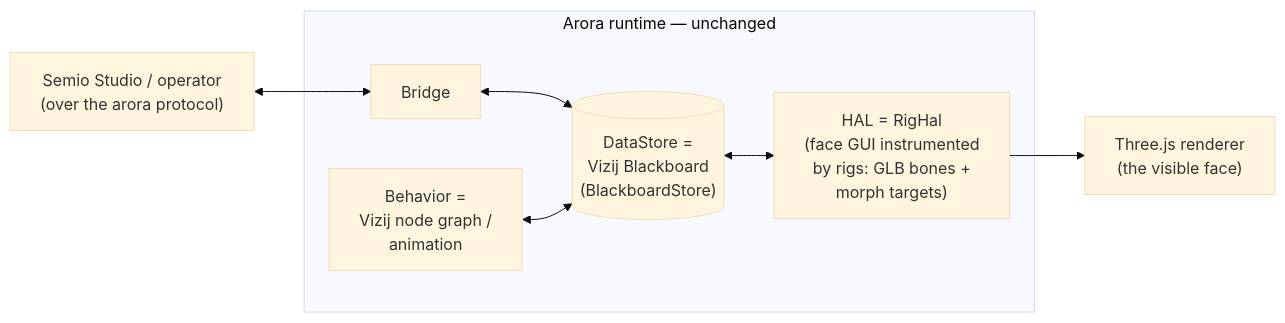
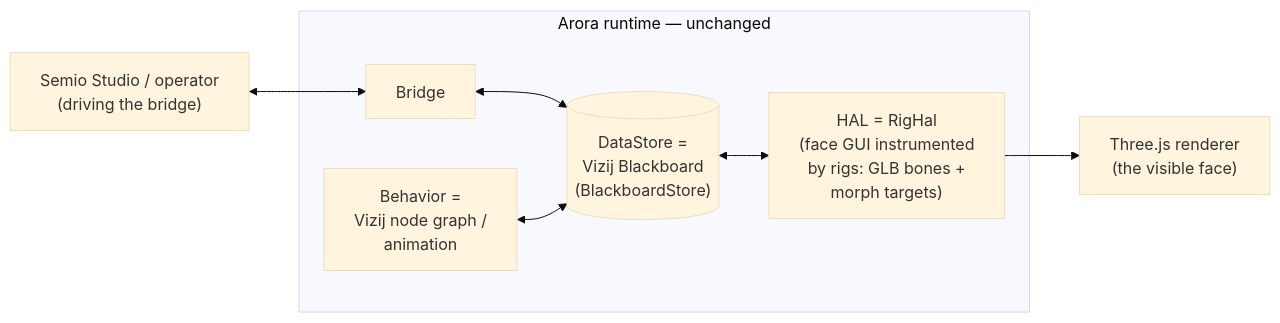
The diagram in current_documentation/concepts/VIZIJ_ON_ARORA.md (vizij-ai/vizij-docs), drawn with Mermaid (base theme) before and after one commit. The commit also changed other lines of this file, not shown here.

Commit message:
docs(concepts): Vizij-on-Arora speaks the Arora API, not a protocol

````diff
--- a/current_documentation/concepts/VIZIJ_ON_ARORA.md
+++ b/current_documentation/concepts/VIZIJ_ON_ARORA.md
@@ -15,19 +15,19 @@
 ```mermaid
 graph LR
-    studio["Semio Studio / operator\n(over the arora protocol)"]
+    studio["Semio Studio / operator\n(driving the bridge)"]
 
     subgraph runtime["Arora runtime — unchanged"]
         bridge["Bridge"]
         store[("DataStore =\nVizij Blackboard\n(BlackboardStore)")]
         behavior["Behavior =\nVizij node graph /\nanimation"]
         hal["HAL = RigHal\n(face GUI instrumented\nby rigs: GLB bones +\nmorph targets)"]
     end
 
     renderer["Three.js renderer\n(the visible face)"]
 
     studio <--> bridge
     bridge <--> store
     behavior <--> store
     store <--> hal
     hal --> renderer
 ```
````
